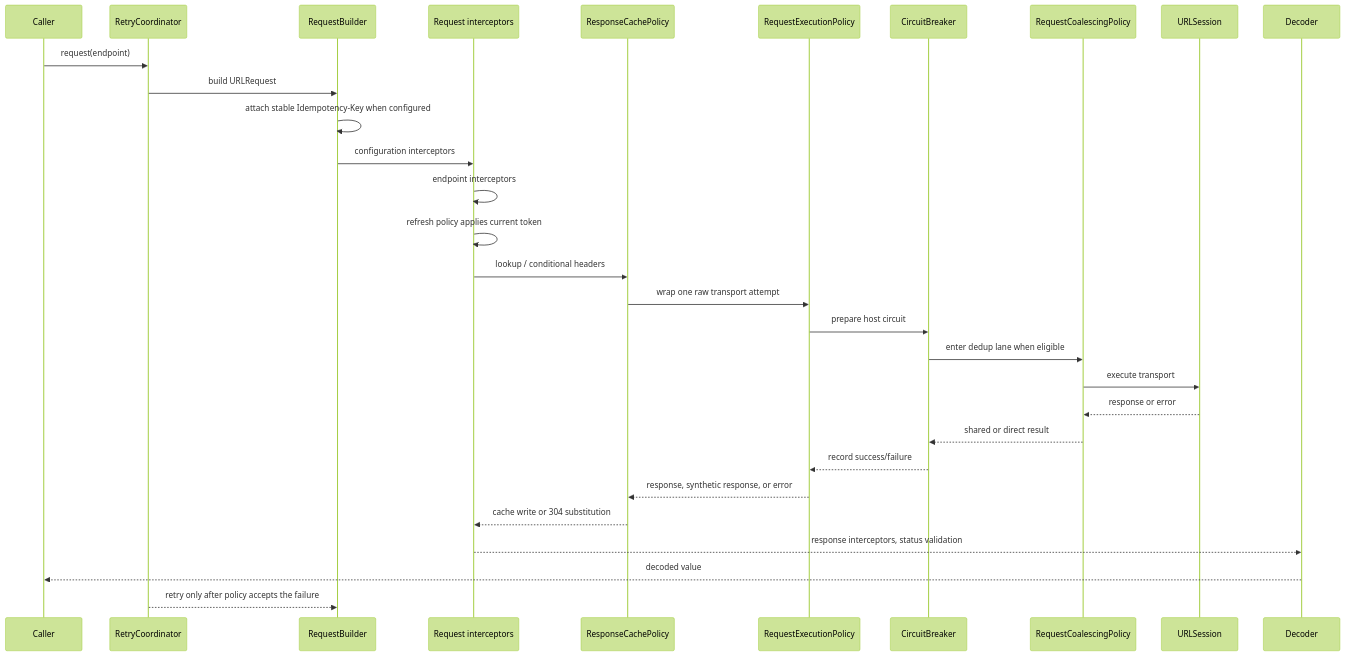
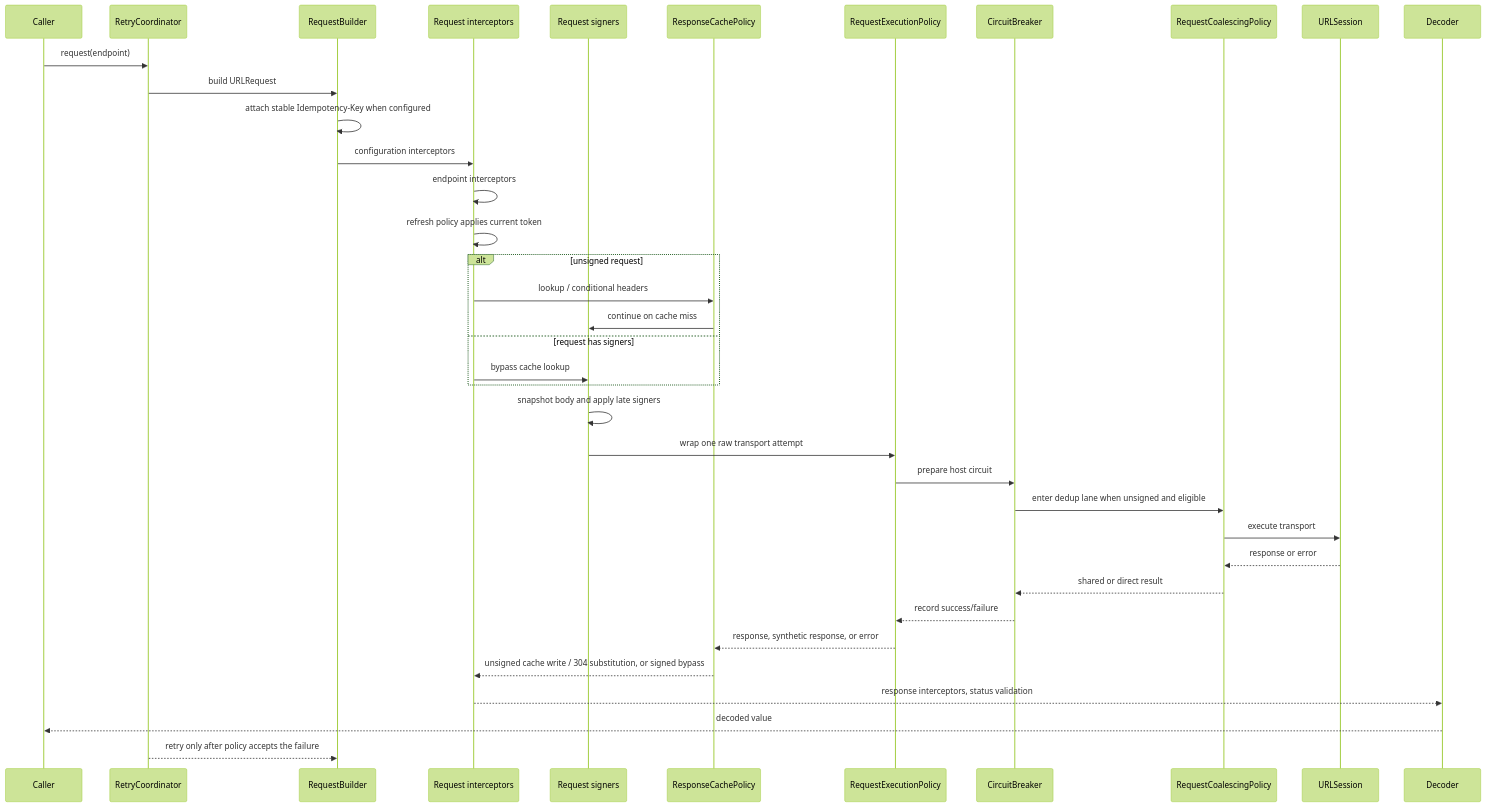
Before and after one commit to InnoSquadCorp/InnoNetwork: the diagram in docs/PolicyInteractions.md, drawn with Mermaid (forest theme). The commit also changed other lines of this file and 10 other files, not shown here.

````diff
--- a/docs/PolicyInteractions.md
+++ b/docs/PolicyInteractions.md
@@ -9,33 +9,40 @@
 ```mermaid
 sequenceDiagram
     participant Caller
     participant Retry as RetryCoordinator
     participant Build as RequestBuilder
     participant Adapt as Request interceptors
+    participant Sign as Request signers
     participant Cache as ResponseCachePolicy
     participant Custom as RequestExecutionPolicy
     participant CB as CircuitBreaker
     participant Coal as RequestCoalescingPolicy
     participant Transport as URLSession
     participant Decode as Decoder
 
     Caller->>Retry: request(endpoint)
     Retry->>Build: build URLRequest
     Build->>Build: attach stable Idempotency-Key when configured
     Build->>Adapt: configuration interceptors
     Adapt->>Adapt: endpoint interceptors
     Adapt->>Adapt: refresh policy applies current token
-    Adapt->>Cache: lookup / conditional headers
-    Cache->>Custom: wrap one raw transport attempt
+    alt unsigned request
+        Adapt->>Cache: lookup / conditional headers
+        Cache->>Sign: continue on cache miss
+    else request has signers
+        Adapt->>Sign: bypass cache lookup
+    end
+    Sign->>Sign: snapshot body and apply late signers
+    Sign->>Custom: wrap one raw transport attempt
     Custom->>CB: prepare host circuit
-    CB->>Coal: enter dedup lane when eligible
+    CB->>Coal: enter dedup lane when unsigned and eligible
     Coal->>Transport: execute transport
     Transport-->>Coal: response or error
     Coal-->>CB: shared or direct result
     CB-->>Custom: record success/failure
     Custom-->>Cache: response, synthetic response, or error
-    Cache-->>Adapt: cache write or 304 substitution
+    Cache-->>Adapt: unsigned cache write / 304 substitution, or signed bypass
     Adapt-->>Decode: response interceptors, status validation
     Decode-->>Caller: decoded value
     Retry-->>Build: retry only after policy accepts the failure
 ```
````
